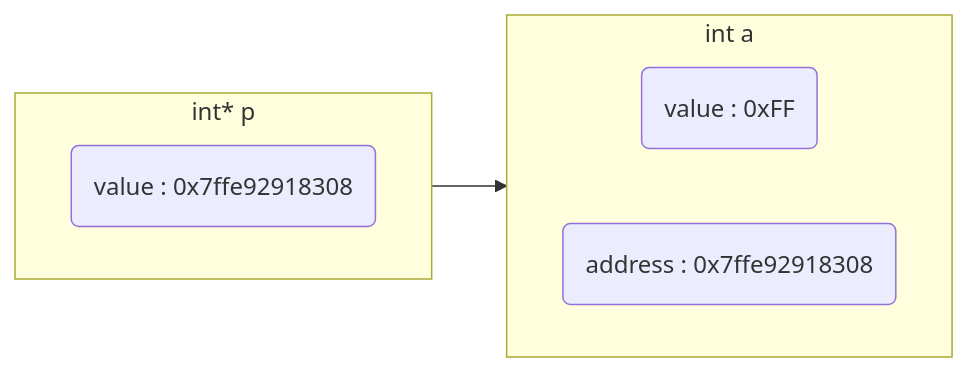
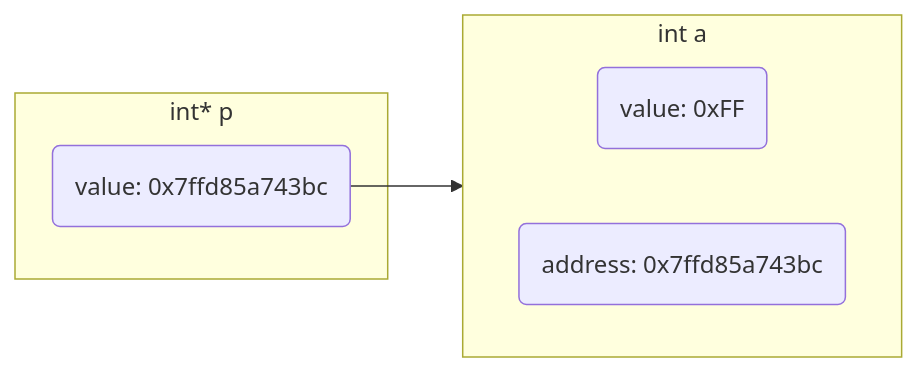
The sixth of 11 diagrams in _posts/language/c_c++/pointer/2022-01-08-指针.md (dmjcb/dmjcb.github.io), drawn with Mermaid before and after one commit. The commit also changed other lines of this file and 17 other files, not shown here.

````diff
--- a/_posts/language/c_c++/pointer/2022-01-08-指针.md
+++ b/_posts/language/c_c++/pointer/2022-01-08-指针.md
@@ -159,13 +195,12 @@
 ```mermaid
 graph LR;
     subgraph S1[int a]
         direction LR
-        V2(value : 0xFF)
-        A2(address : 0x7ffe92918308)
+        V2(value: 0xFF)
+        A2(address: 0x7ffd85a743bc)
     end
     subgraph S2[int* p]
-        direction LR
-        V1(value : 0x7ffe92918308)
+        V1(value: 0x7ffd85a743bc)
     end
-    V1-->S1
+    V1-->A2
 ```
````
